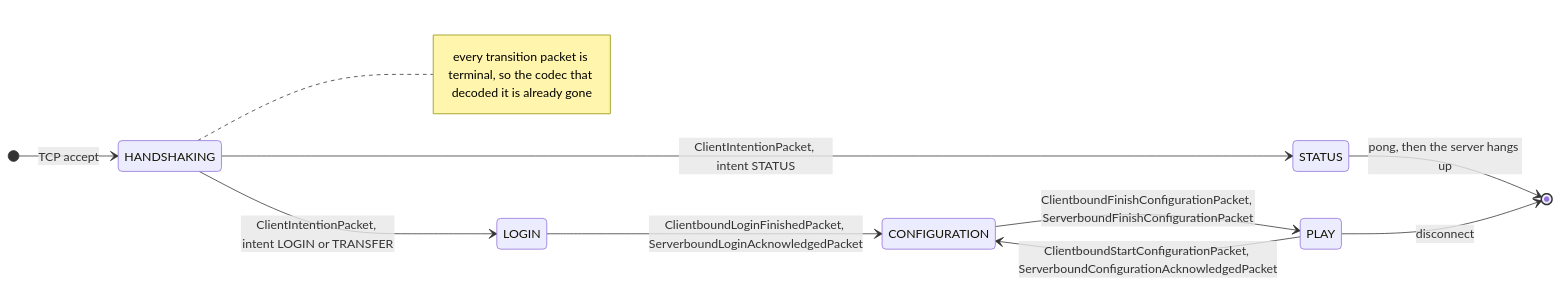
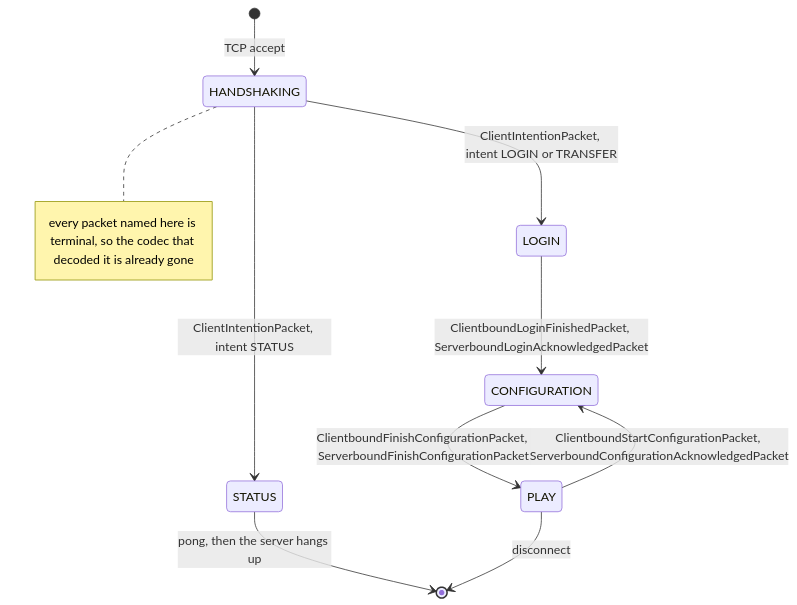
The first of 4 diagrams in src/systems/networking/protocol-phases.md (AlexanderjFraser/MinecraftDocs), drawn with Mermaid before and after one commit. The commit also changed other lines of this file and 11 other files, not shown here.

````diff
--- a/src/systems/networking/protocol-phases.md
+++ b/src/systems/networking/protocol-phases.md
@@ -39,13 +39,12 @@
 ```mermaid
 stateDiagram-v2
-    direction LR
     [*] --> HANDSHAKING : TCP accept
     HANDSHAKING --> STATUS : ClientIntentionPacket, intent STATUS
     HANDSHAKING --> LOGIN : ClientIntentionPacket, intent LOGIN or TRANSFER
     STATUS --> [*] : pong, then the server hangs up
     LOGIN --> CONFIGURATION : ClientboundLoginFinishedPacket, ServerboundLoginAcknowledgedPacket
     CONFIGURATION --> PLAY : ClientboundFinishConfigurationPacket, ServerboundFinishConfigurationPacket
     PLAY --> CONFIGURATION : ClientboundStartConfigurationPacket, ServerboundConfigurationAcknowledgedPacket
     PLAY --> [*] : disconnect
-    note right of HANDSHAKING : every transition packet is terminal, so the codec that decoded it is already gone
+    note right of HANDSHAKING : every packet named here is terminal, so the codec that decoded it is already gone
 ```
````
